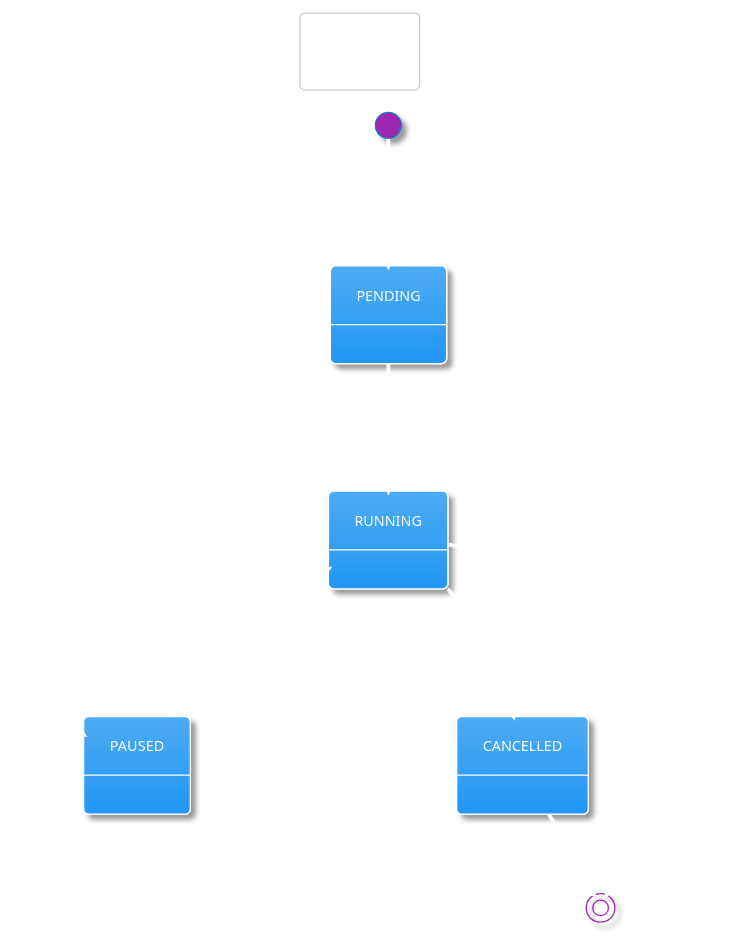
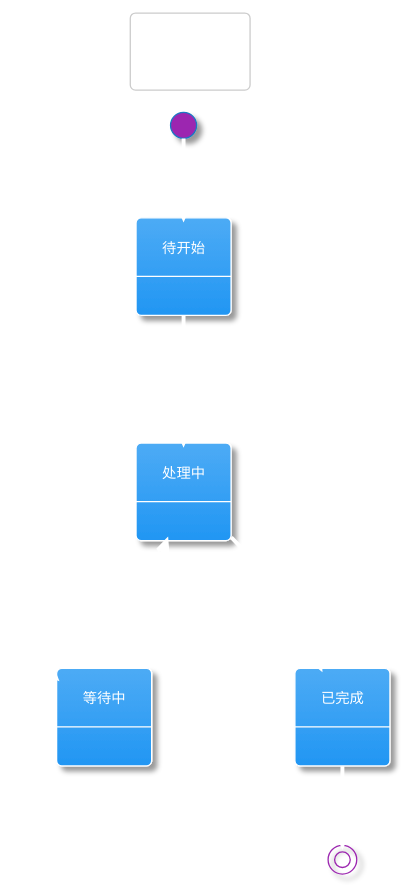
The diagram in docs/workflow-viz/code/src-server-application-workflow-command-service-ts-b8963d50-state.puml (maroonxv/stock-screening-boost), drawn with PlantUML before and after one commit. The commit also changed 20 other files, not shown here.

```diff
--- a/docs/workflow-viz/code/src-server-application-workflow-command-service-ts-b8963d50-state.puml
+++ b/docs/workflow-viz/code/src-server-application-workflow-command-service-ts-b8963d50-state.puml
@@ -1,27 +1,26 @@
 @startuml
 !theme materia
 skinparam defaultFontColor #FFFFFF
 skinparam ArrowColor #FFFFFF
 skinparam LineColor #FFFFFF
 skinparam PackageBorderColor #FFFFFF
 skinparam RectangleBorderColor #FFFFFF
 skinparam ComponentBorderColor #FFFFFF
 skinparam SequenceArrowColor #FFFFFF
 skinparam SequenceLifeLineBorderColor #FFFFFF
 skinparam SequenceParticipantBorderColor #FFFFFF
 skinparam SequenceParticipantFontColor #FFFFFF
 skinparam ActivityBorderColor #FFFFFF
 skinparam ActivityFontColor #FFFFFF
 skinparam ActivityDiamondBorderColor #FFFFFF
 skinparam ActivityDiamondFontColor #FFFFFF
 skinparam StateBorderColor #FFFFFF
 skinparam StateFontColor #FFFFFF
 title 状态图
-[*] --> PENDING : createRun()
-PENDING --> RUNNING : workflow runner 启动
-RUNNING --> PAUSED : 人工审批或中断等待
-PAUSED --> RUNNING : approveScreeningInsights()
-RUNNING --> CANCELLED : cancelRun()
-RUNNING --> [*] : 正常完成
-CANCELLED --> [*]
+[*] --> 待开始
+待开始 --> 处理中 : 启动
+处理中 --> 等待中 : 暂停或等待
+等待中 --> 处理中 : 恢复或重试
+处理中 --> 已完成 : 完成
+已完成 --> [*]
 @enduml
```
